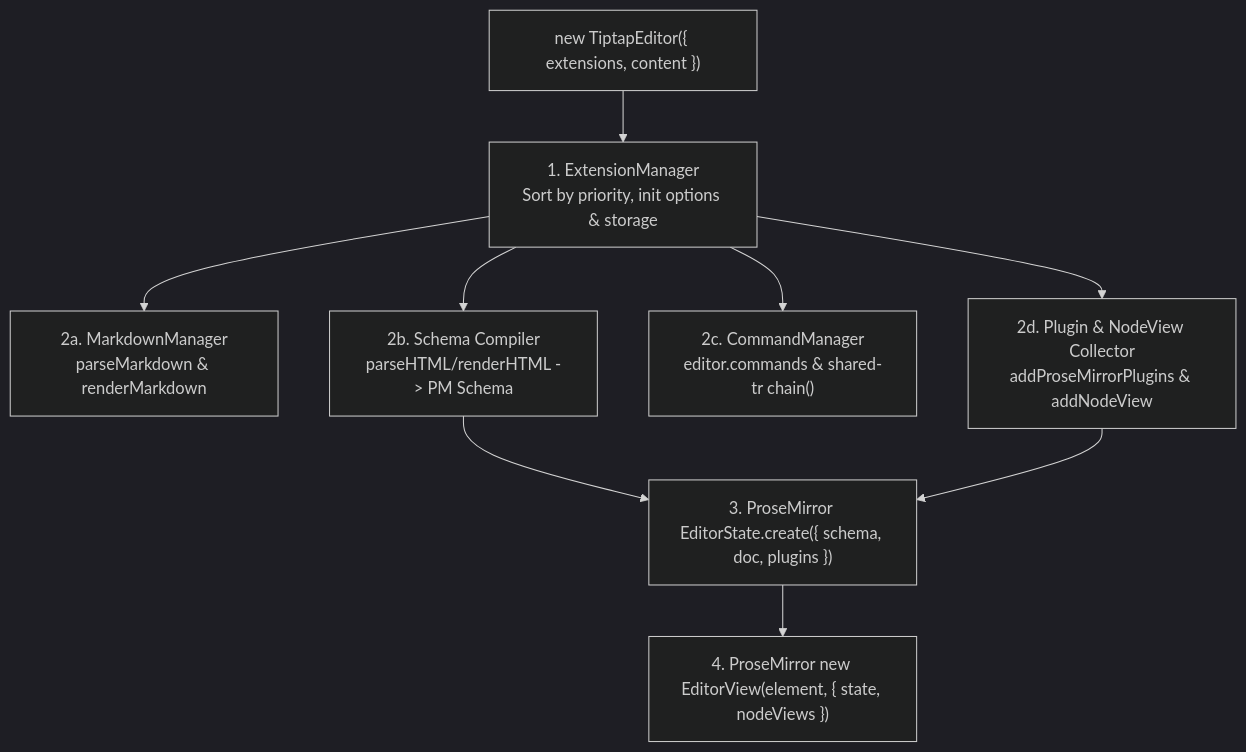
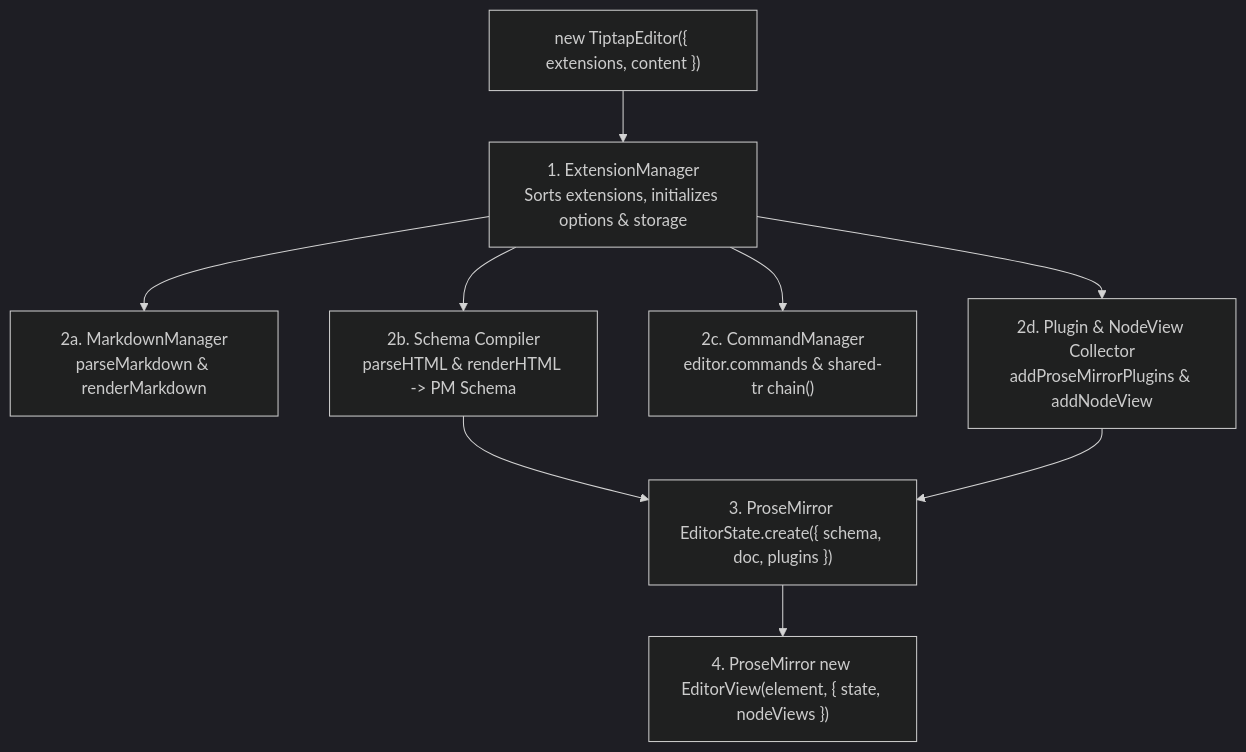
The second of 8 diagrams in docs/architecture/htmd-ts/editor-extensions.md (hypertextual/hypertextual), drawn with Mermaid (dark theme) before and after one commit. The commit also changed other lines of this file and 4 other files, not shown here.

Commit message:
docs(architecture): rewrite editor and extension docs in simple English with diagrams and tables

````diff
--- a/docs/architecture/htmd-ts/editor-extensions.md
+++ b/docs/architecture/htmd-ts/editor-extensions.md
@@ -119,18 +76,15 @@
 ```mermaid
 flowchart TD
     Start["new TiptapEditor({ extensions, content })"]
-    EM["1. ExtensionManager<br/>Sort by priority, init options & storage"]
-
+    EM["1. ExtensionManager<br/>Sorts extensions, initializes options & storage"]
     MD["2a. MarkdownManager<br/>parseMarkdown & renderMarkdown"]
-    Schema["2b. Schema Compiler<br/>parseHTML/renderHTML -> PM Schema"]
+    Schema["2b. Schema Compiler<br/>parseHTML & renderHTML -> PM Schema"]
     Cmds["2c. CommandManager<br/>editor.commands & shared-tr chain()"]
     Plugs["2d. Plugin & NodeView Collector<br/>addProseMirrorPlugins & addNodeView"]
-
     PMState["3. ProseMirror EditorState.create({ schema, doc, plugins })"]
     PMView["4. ProseMirror new EditorView(element, { state, nodeViews })"]
 
     Start --> EM
     EM --> MD & Schema & Cmds & Plugs
-    Schema & Plugs --> PMState
-    PMState --> PMView
+    Schema & Plugs --> PMState --> PMView
 ```
````
